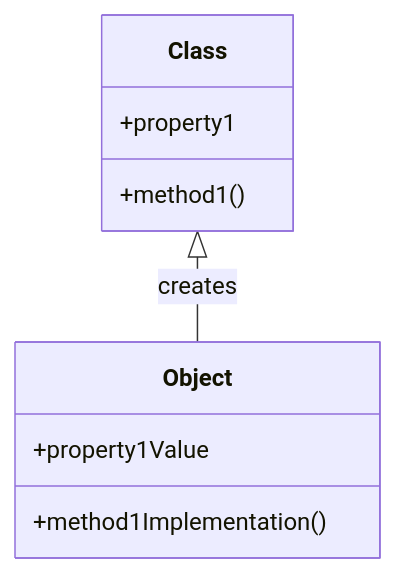
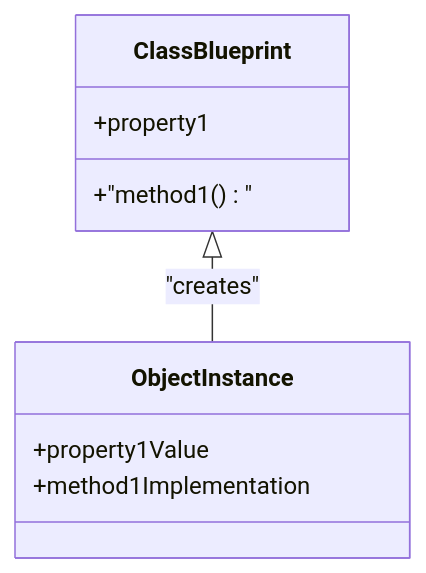
Diagram 11 of 14 in content/post/2024/2024-10-15-csharp-class/index.md (42jerrykim/42jerrykim.github.io), drawn with Mermaid before and after one commit. The commit also changed other lines of this file and 239 other files, not shown here.

````diff
--- a/content/post/2024/2024-10-15-csharp-class/index.md
+++ b/content/post/2024/2024-10-15-csharp-class/index.md
@@ -992,12 +876,12 @@
 ```mermaid
 classDiagram
-    class Class {
+    class ClassBlueprint {
         +property1
-        +method1()
+        +"method1()"
     }
-    class Object {
+    class ObjectInstance {
         +property1Value
-        +method1Implementation()
+        +method1Implementation
     }
-    Class <|-- Object : creates
+    ClassBlueprint <|-- ObjectInstance : "creates"
 ```
````
